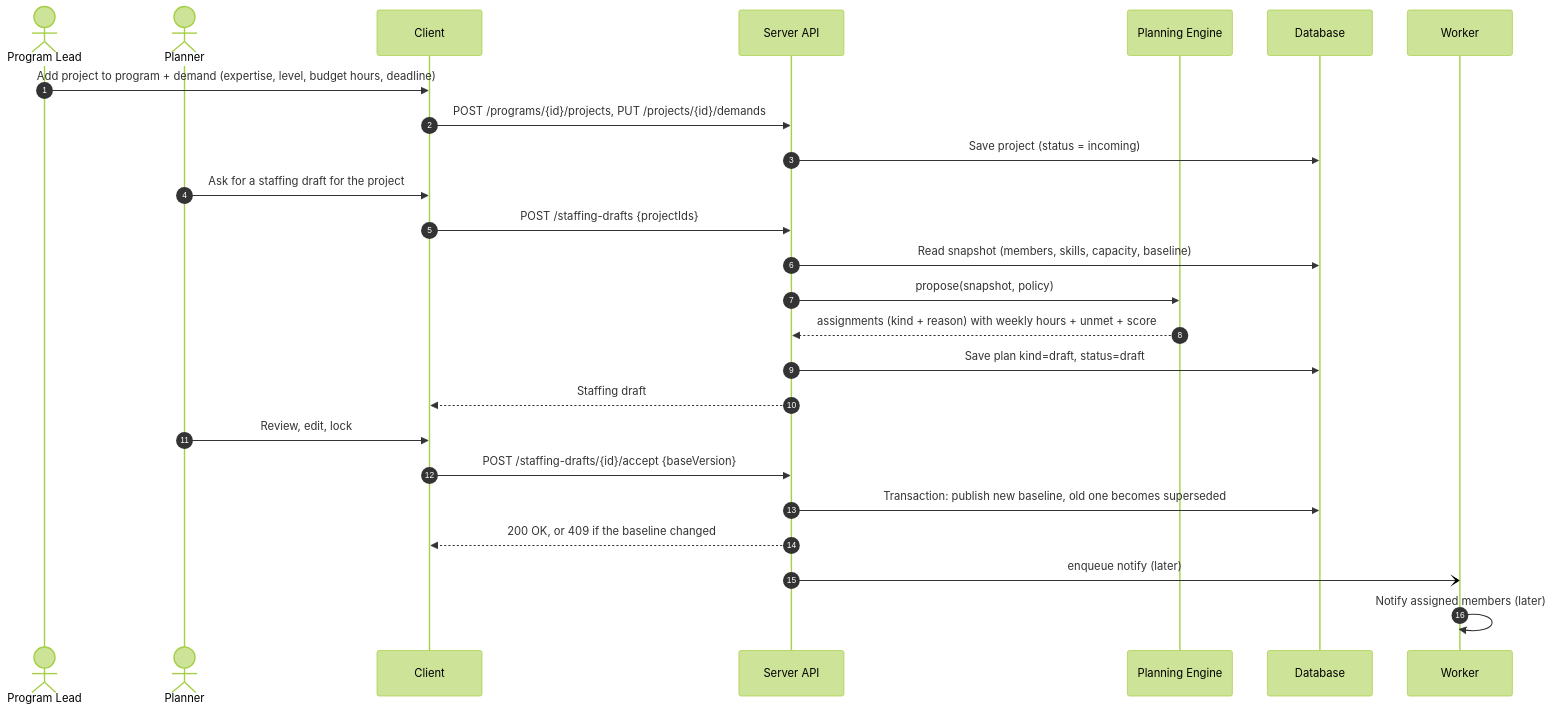
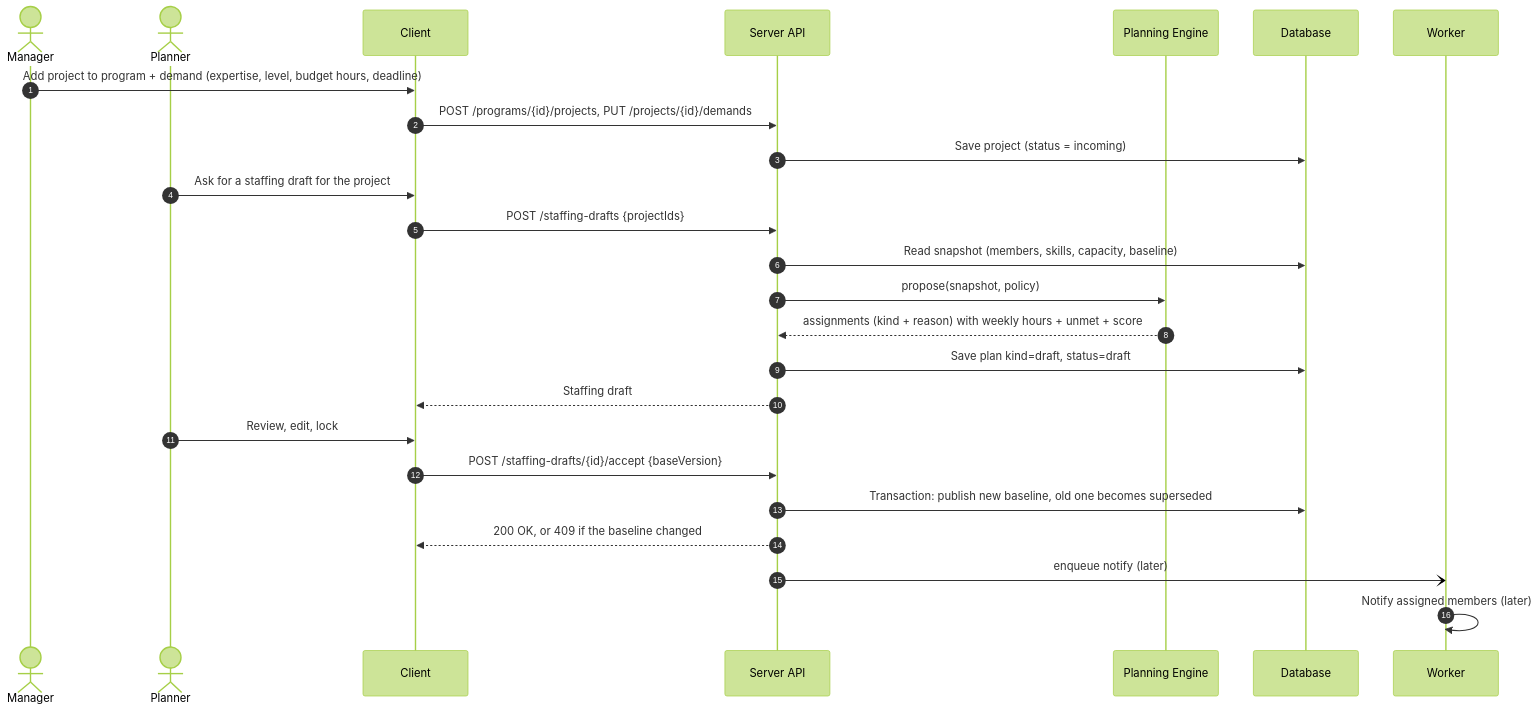
Before and after one commit to dophnamm/the-slot-finder: the tenth of 14 diagrams in README.md, drawn with Mermaid (forest theme). The commit also changed other lines of this file and 1 other file, not shown here.

Commit message:
docs: correct the architecture README and diagrams

````diff
--- a/README.md
+++ b/README.md
@@ -526,28 +547,28 @@
 ```mermaid
 sequenceDiagram
   autonumber
-  actor L as Program Lead
+  actor L as Manager
   actor P as Planner
   participant C as Client
   participant API as Server API
   participant ENG as Planning Engine
   participant DB as Database
   participant W as Worker
 
   L->>C: Add project to program + demand (expertise, level, budget hours, deadline)
   C->>API: POST /programs/{id}/projects, PUT /projects/{id}/demands
   API->>DB: Save project (status = incoming)
   P->>C: Ask for a staffing draft for the project
   C->>API: POST /staffing-drafts {projectIds}
   API->>DB: Read snapshot (members, skills, capacity, baseline)
   API->>ENG: propose(snapshot, policy)
   ENG-->>API: assignments (kind + reason) with weekly hours + unmet + score
   API->>DB: Save plan kind=draft, status=draft
   API-->>C: Staffing draft
   P->>C: Review, edit, lock
   C->>API: POST /staffing-drafts/{id}/accept {baseVersion}
   API->>DB: Transaction: publish new baseline, old one becomes superseded
   API-->>C: 200 OK, or 409 if the baseline changed
   API-)W: enqueue notify (later)
   W->>W: Notify assigned members (later)
 ```
````
